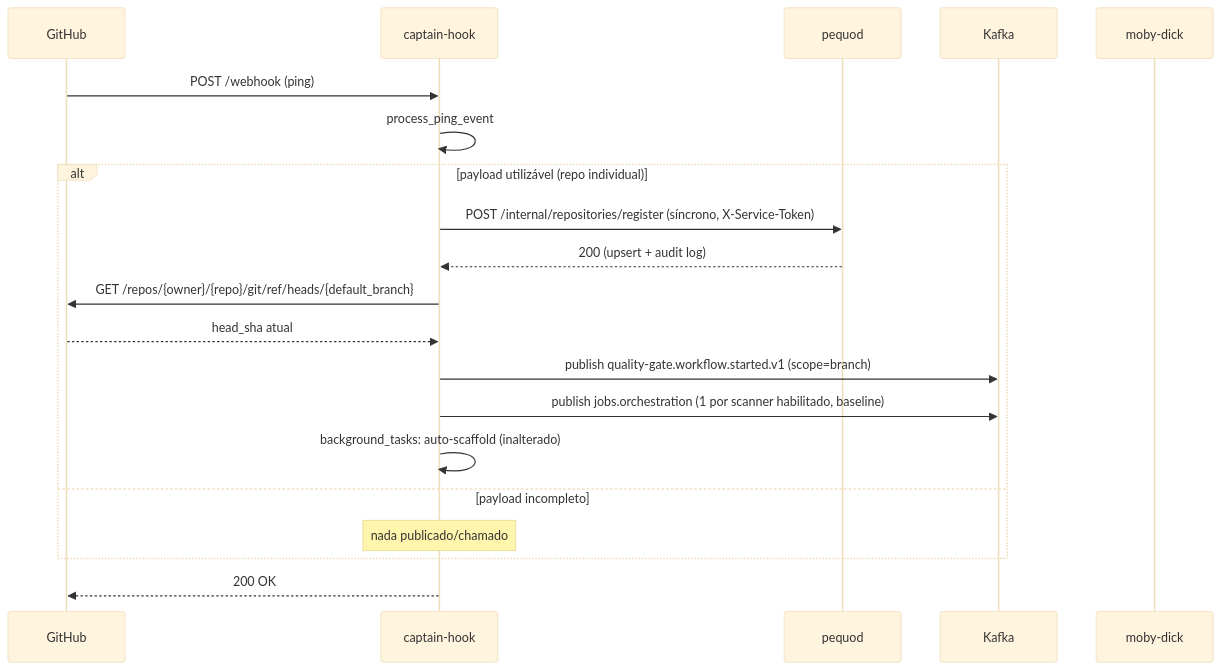
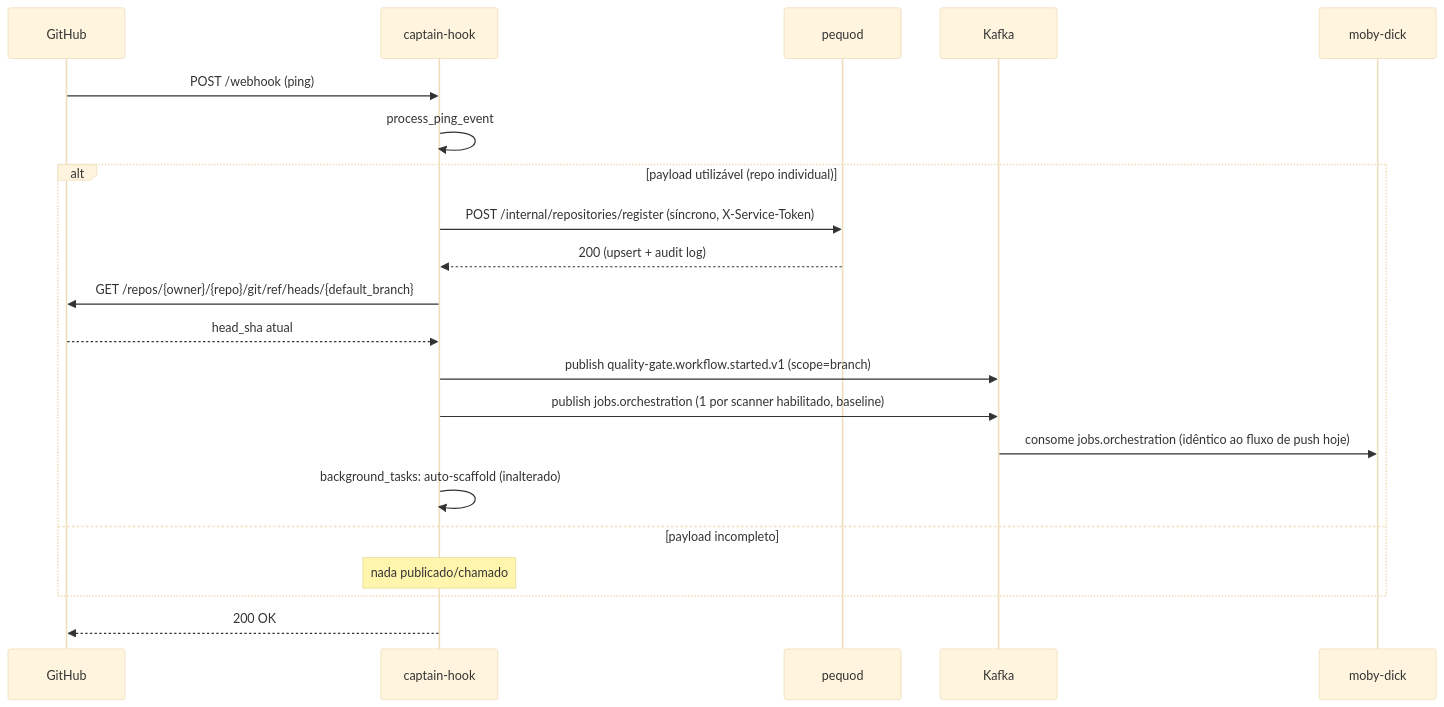
Before and after one commit to OdinEye-FIAP/aspm-docs: the first of 2 diagrams in docs/design/ping-install-rest-migration.md, drawn with Mermaid (base theme). The commit also changed other lines of this file, not shown here.

Commit message:
fix: diagrama de ping sem seta Kafka->moby-dick + nota sobre REST direto ao pequod

````diff
--- a/docs/design/ping-install-rest-migration.md
+++ b/docs/design/ping-install-rest-migration.md
@@ -74,23 +75,24 @@
 ```mermaid
 sequenceDiagram
     participant GH as GitHub
     participant CH as captain-hook
     participant PQ as pequod
     participant K as Kafka
     participant MD as moby-dick
 
     GH->>CH: POST /webhook (ping)
     CH->>CH: process_ping_event
     alt payload utilizável (repo individual)
         CH->>PQ: POST /internal/repositories/register (síncrono, X-Service-Token)
         PQ-->>CH: 200 (upsert + audit log)
         CH->>GH: GET /repos/{owner}/{repo}/git/ref/heads/{default_branch}
         GH-->>CH: head_sha atual
         CH->>K: publish quality-gate.workflow.started.v1 (scope=branch)
         CH->>K: publish jobs.orchestration (1 por scanner habilitado, baseline)
+        K->>MD: consome jobs.orchestration (idêntico ao fluxo de push hoje)
         CH->>CH: background_tasks: auto-scaffold (inalterado)
     else payload incompleto
         Note over CH: nada publicado/chamado
     end
     CH-->>GH: 200 OK
 ```
````
